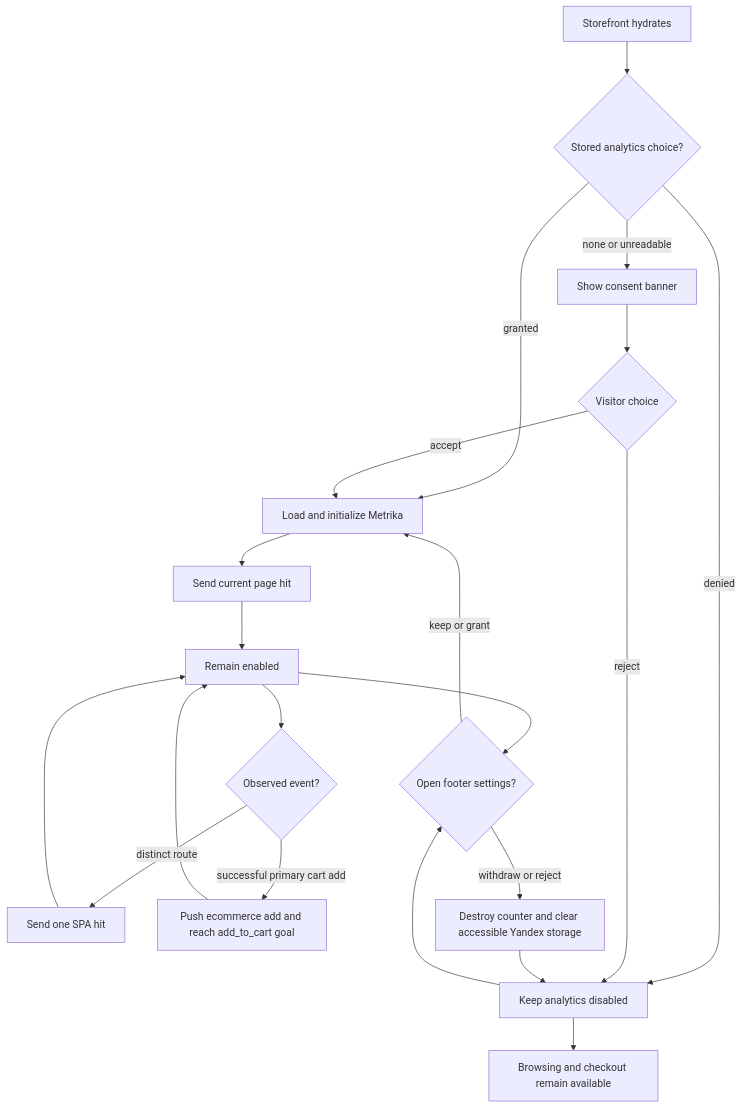
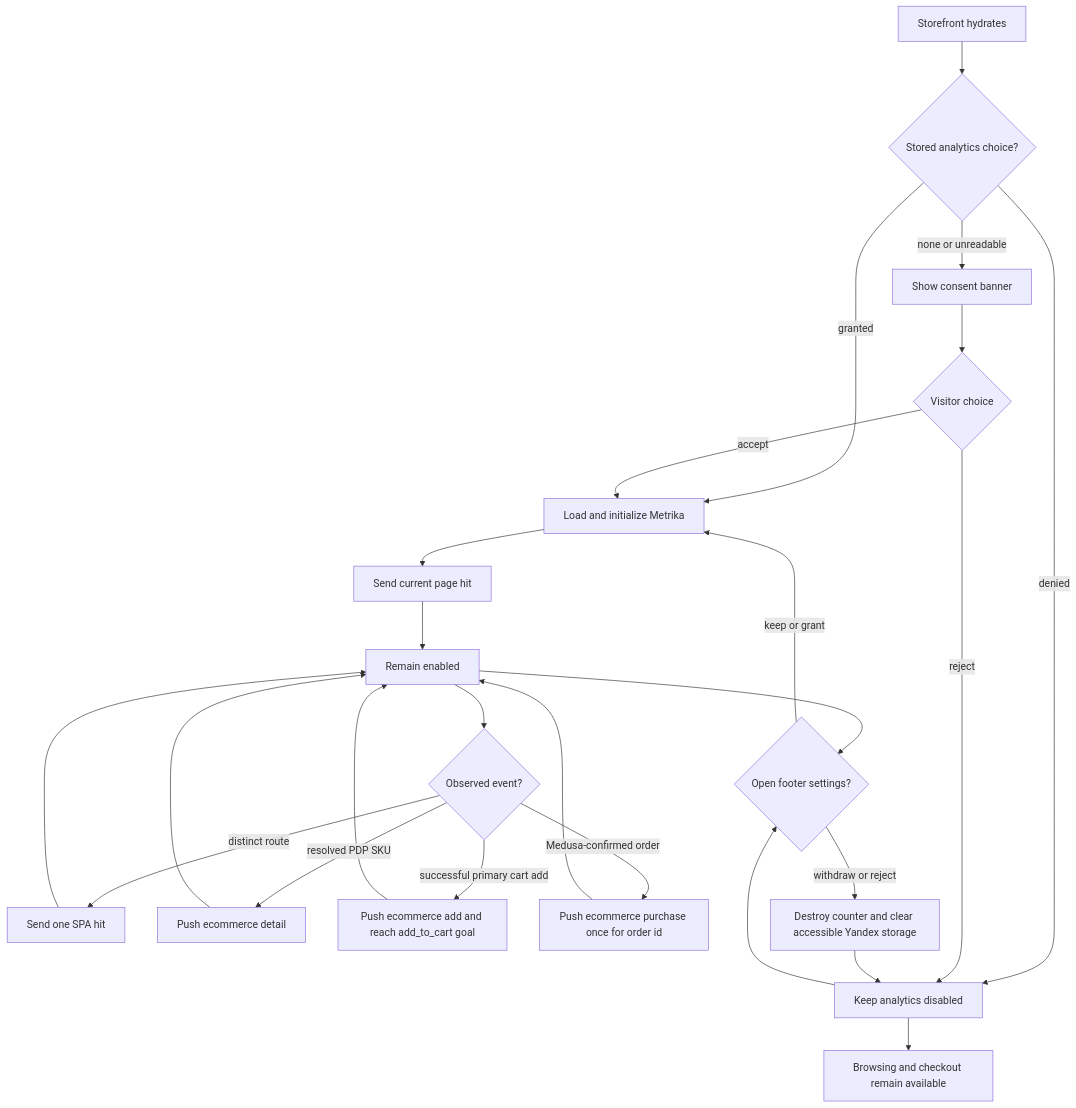
The first of 3 diagrams in flows/features/analytics-consent.md (AtoshaKartosha/sunluk), drawn with Mermaid before and after one commit. The commit also changed other lines of this file and 10 other files, not shown here.

````diff
--- a/flows/features/analytics-consent.md
+++ b/flows/features/analytics-consent.md
@@ -51,23 +52,27 @@
 ```mermaid
 flowchart TD
   Start[Storefront hydrates] --> Stored{Stored analytics choice?}
   Stored -->|none or unreadable| Prompt[Show consent banner]
   Stored -->|denied| Disabled[Keep analytics disabled]
   Stored -->|granted| Enable[Load and initialize Metrika]
   Prompt --> Choice{Visitor choice}
   Choice -->|accept| Enable
   Choice -->|reject| Disabled
   Enable --> Hit[Send current page hit]
   Hit --> Enabled[Remain enabled]
   Enabled --> Activity{Observed event?}
   Activity -->|distinct route| HitNext[Send one SPA hit]
   HitNext --> Enabled
+  Activity -->|resolved PDP SKU| DetailEvent[Push ecommerce detail]
+  DetailEvent --> Enabled
   Activity -->|successful primary cart add| AddEvent[Push ecommerce add and reach add_to_cart goal]
   AddEvent --> Enabled
+  Activity -->|Medusa-confirmed order| PurchaseEvent[Push ecommerce purchase once for order id]
+  PurchaseEvent --> Enabled
   Disabled --> Browse[Browsing and checkout remain available]
   Enabled --> Settings{Open footer settings?}
   Disabled --> Settings
   Settings -->|keep or grant| Enable
   Settings -->|withdraw or reject| Revoke[Destroy counter and clear accessible Yandex storage]
   Revoke --> Disabled
 ```
````
